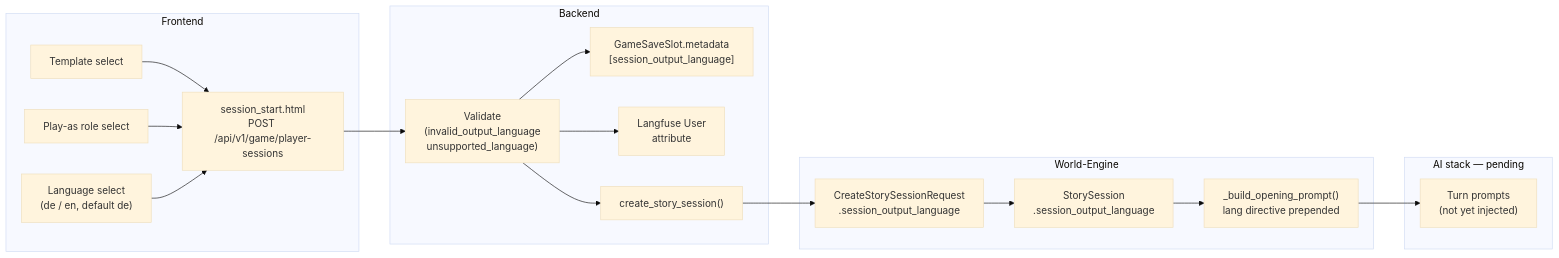
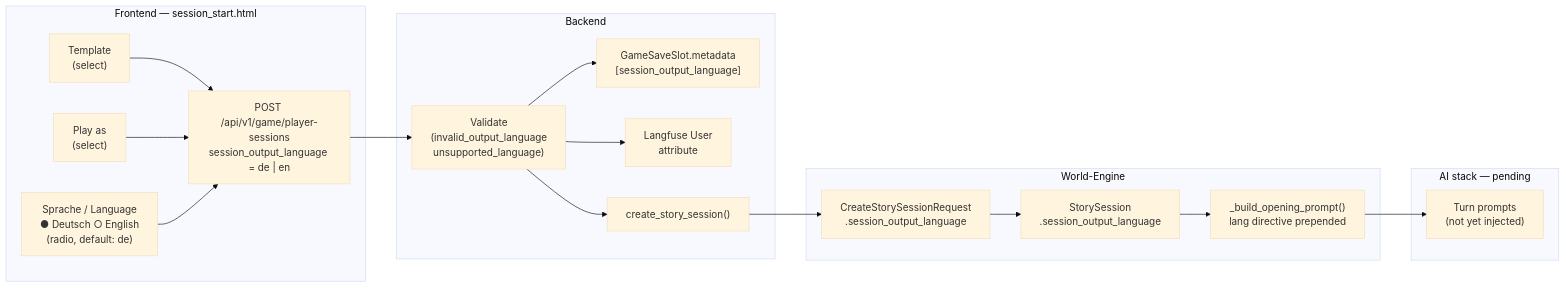
The first of 2 diagrams in docs/ADR/adr-0036-player-session-output-language.md (Held0fTheWelt/BLACKVEIN), drawn with Mermaid (base theme) before and after one commit. The commit also changed other lines of this file, not shown here.

First line of the commit message:
ADR-0036: radio buttons for language choice, rework validation diagram

````diff
--- a/docs/ADR/adr-0036-player-session-output-language.md
+++ b/docs/ADR/adr-0036-player-session-output-language.md
@@ -157,32 +157,32 @@
 ```mermaid
 flowchart LR
-  subgraph fe [Frontend]
-    TS[Template select]
-    RS[Play-as role select]
-    LS["Language select\n(de / en, default de)"]
-    FORM["session_start.html\nPOST /api/v1/game/player-sessions"]
+  subgraph fe [Frontend — session_start.html]
+    TS["Template\n(select)"]
+    RS["Play as\n(select)"]
+    LS["Sprache / Language\n● Deutsch  ○ English\n(radio, default: de)"]
+    FORM["POST /api/v1/game/player-sessions\nsession_output_language = de | en"]
   end
   subgraph backend [Backend]
     VAL["Validate\n(invalid_output_language\nunsupported_language)"]
     SLOT["GameSaveSlot.metadata\n[session_output_language]"]
     LF["Langfuse User\nattribute"]
     CSS["create_story_session()"]
   end
   subgraph we [World-Engine]
     REQ["CreateStorySessionRequest\n.session_output_language"]
     SS["StorySession\n.session_output_language"]
     OP["_build_opening_prompt()\nlang directive prepended"]
   end
   subgraph ai [AI stack — pending]
     TURN["Turn prompts\n(not yet injected)"]
   end
 
   TS --> FORM
   RS --> FORM
   LS --> FORM
   FORM --> VAL
   VAL --> SLOT
   VAL --> CSS
   VAL --> LF
   CSS --> REQ --> SS --> OP --> TURN
 ```
````
